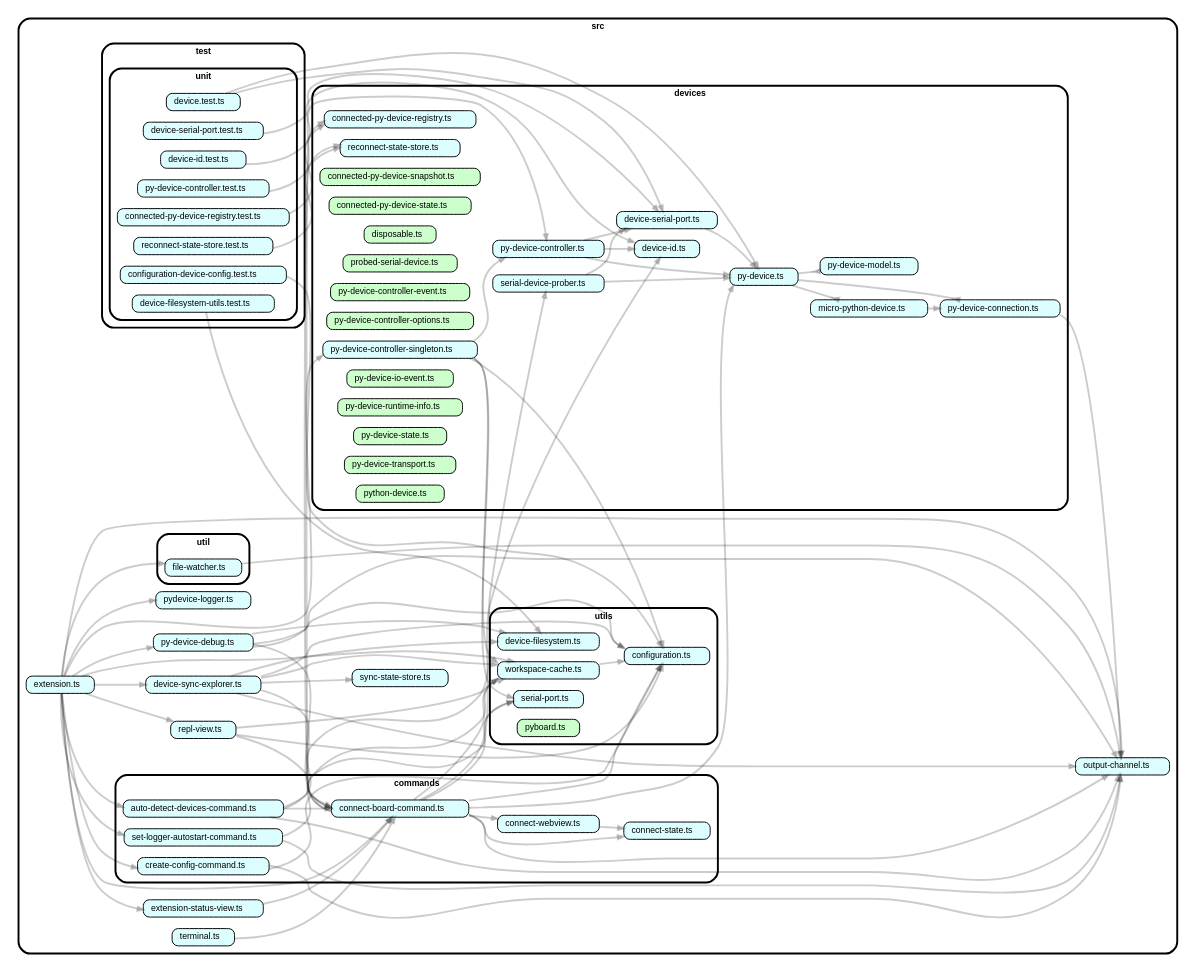
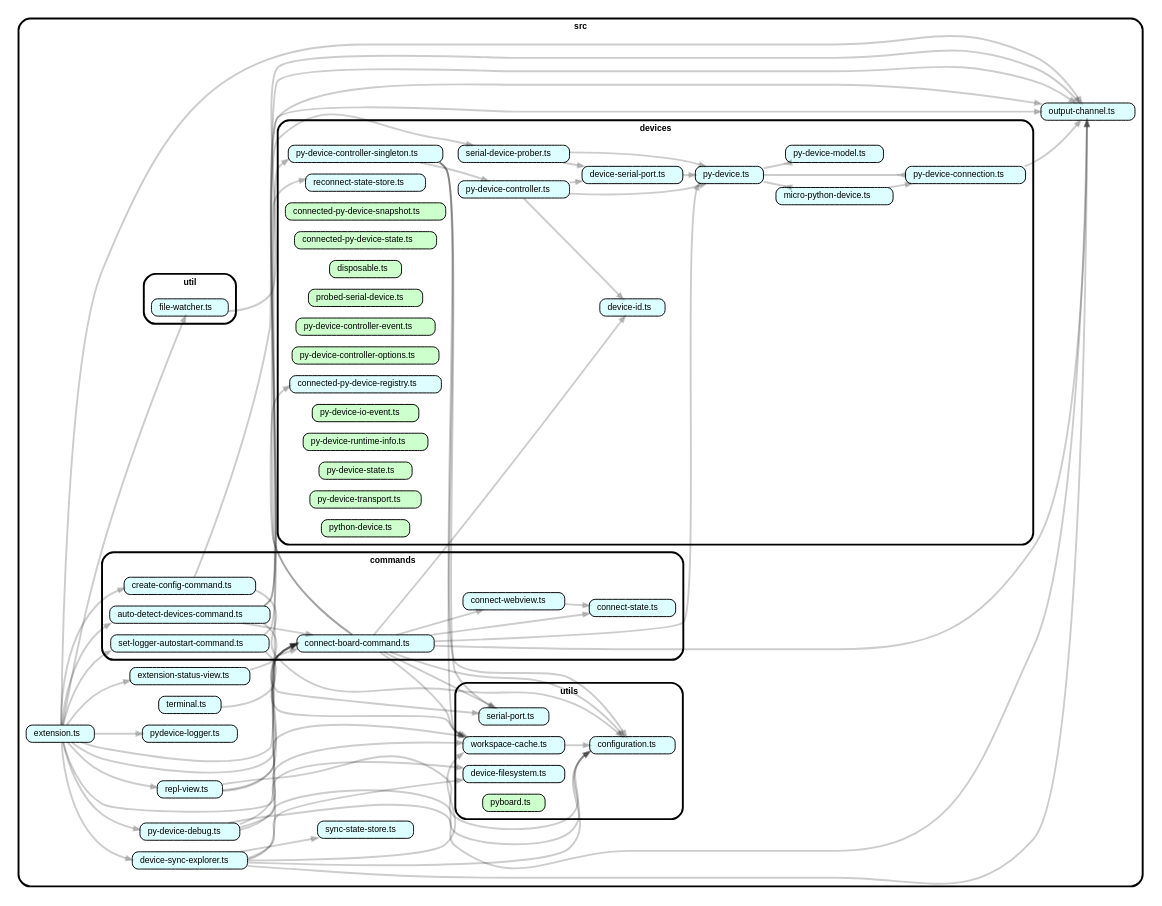
Before and after one commit to mekatrol/micropython-filemanager: the diagram in pyboard-extension/pyboarddev/docs/architecture/deps.dot, drawn with Graphviz. The commit also changed 4 other files, not shown here.

Commit message:
Exclude tests from architecture diagram

```diff
--- a/pyboard-extension/pyboarddev/docs/architecture/deps.dot
+++ b/pyboard-extension/pyboarddev/docs/architecture/deps.dot
@@ -102,23 +102,6 @@
     subgraph "cluster_src" {label="src" "src/sync-state-store.ts" [label=<sync-state-store.ts> tooltip="sync-state-store.ts" URL="src/sync-state-store.ts" fillcolor="#ddfeff"] }
     subgraph "cluster_src" {label="src" "src/terminal.ts" [label=<terminal.ts> tooltip="terminal.ts" URL="src/terminal.ts" fillcolor="#ddfeff"] }
     "src/terminal.ts" -> "src/commands/connect-board-command.ts"
-    subgraph "cluster_src" {label="src" subgraph "cluster_src/test" {label="test" subgraph "cluster_src/test/unit" {label="unit" "src/test/unit/configuration-device-config.test.ts" [label=<configuration-device-config.test.ts> tooltip="configuration-device-config.test.ts" URL="src/test/unit/configuration-device-config.test.ts" fillcolor="#ddfeff"] } } }
-    "src/test/unit/configuration-device-config.test.ts" -> "src/utils/configuration.ts"
-    subgraph "cluster_src" {label="src" subgraph "cluster_src/test" {label="test" subgraph "cluster_src/test/unit" {label="unit" "src/test/unit/connected-py-device-registry.test.ts" [label=<connected-py-device-registry.test.ts> tooltip="connected-py-device-registry.test.ts" URL="src/test/unit/connected-py-device-registry.test.ts" fillcolor="#ddfeff"] } } }
-    "src/test/unit/connected-py-device-registry.test.ts" -> "src/devices/connected-py-device-registry.ts"
-    subgraph "cluster_src" {label="src" subgraph "cluster_src/test" {label="test" subgraph "cluster_src/test/unit" {label="unit" "src/test/unit/device-filesystem-utils.test.ts" [label=<device-filesystem-utils.test.ts> tooltip="device-filesystem-utils.test.ts" URL="src/test/unit/device-filesystem-utils.test.ts" fillcolor="#ddfeff"] } } }
-    "src/test/unit/device-filesystem-utils.test.ts" -> "src/utils/device-filesystem.ts"
-    subgraph "cluster_src" {label="src" subgraph "cluster_src/test" {label="test" subgraph "cluster_src/test/unit" {label="unit" "src/test/unit/device-id.test.ts" [label=<device-id.test.ts> tooltip="device-id.test.ts" URL="src/test/unit/device-id.test.ts" fillcolor="#ddfeff"] } } }
-    "src/test/unit/device-id.test.ts" -> "src/devices/device-id.ts"
-    subgraph "cluster_src" {label="src" subgraph "cluster_src/test" {label="test" subgraph "cluster_src/test/unit" {label="unit" "src/test/unit/device-serial-port.test.ts" [label=<device-serial-port.test.ts> tooltip="device-serial-port.test.ts" URL="src/test/unit/device-serial-port.test.ts" fillcolor="#ddfeff"] } } }
-    "src/test/unit/device-serial-port.test.ts" -> "src/devices/device-serial-port.ts"
-    subgraph "cluster_src" {label="src" subgraph "cluster_src/test" {label="test" subgraph "cluster_src/test/unit" {label="unit" "src/test/unit/device.test.ts" [label=<device.test.ts> tooltip="device.test.ts" URL="src/test/unit/device.test.ts" fillcolor="#ddfeff"] } } }
-    "src/test/unit/device.test.ts" -> "src/devices/device-serial-port.ts"
-    "src/test/unit/device.test.ts" -> "src/devices/py-device.ts"
-    subgraph "cluster_src" {label="src" subgraph "cluster_src/test" {label="test" subgraph "cluster_src/test/unit" {label="unit" "src/test/unit/py-device-controller.test.ts" [label=<py-device-controller.test.ts> tooltip="py-device-controller.test.ts" URL="src/test/unit/py-device-controller.test.ts" fillcolor="#ddfeff"] } } }
-    "src/test/unit/py-device-controller.test.ts" -> "src/devices/py-device-controller.ts"
-    subgraph "cluster_src" {label="src" subgraph "cluster_src/test" {label="test" subgraph "cluster_src/test/unit" {label="unit" "src/test/unit/reconnect-state-store.test.ts" [label=<reconnect-state-store.test.ts> tooltip="reconnect-state-store.test.ts" URL="src/test/unit/reconnect-state-store.test.ts" fillcolor="#ddfeff"] } } }
-    "src/test/unit/reconnect-state-store.test.ts" -> "src/devices/reconnect-state-store.ts"
     subgraph "cluster_src" {label="src" subgraph "cluster_src/util" {label="util" "src/util/file-watcher.ts" [label=<file-watcher.ts> tooltip="file-watcher.ts" URL="src/util/file-watcher.ts" fillcolor="#ddfeff"] } }
     "src/util/file-watcher.ts" -> "src/output-channel.ts"
     subgraph "cluster_src" {label="src" subgraph "cluster_src/utils" {label="utils" "src/utils/configuration.ts" [label=<configuration.ts> tooltip="configuration.ts" URL="src/utils/configuration.ts" fillcolor="#ddfeff"] } }
```
